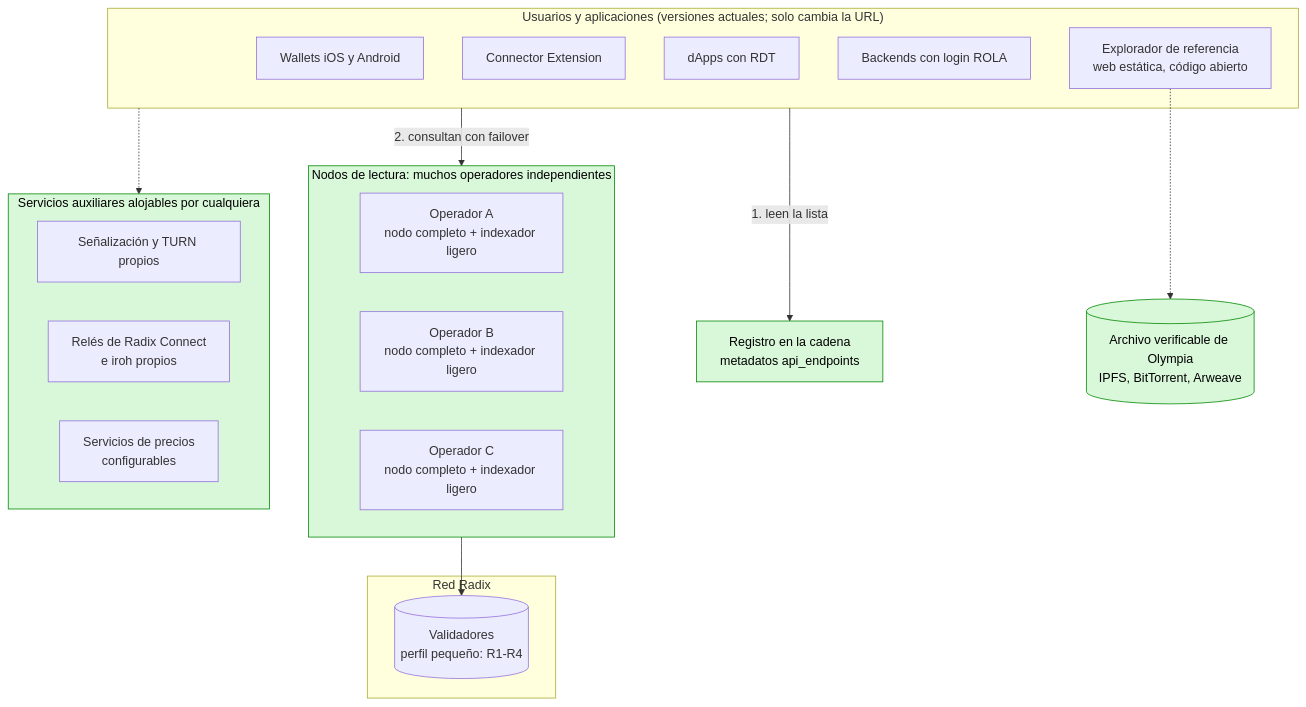
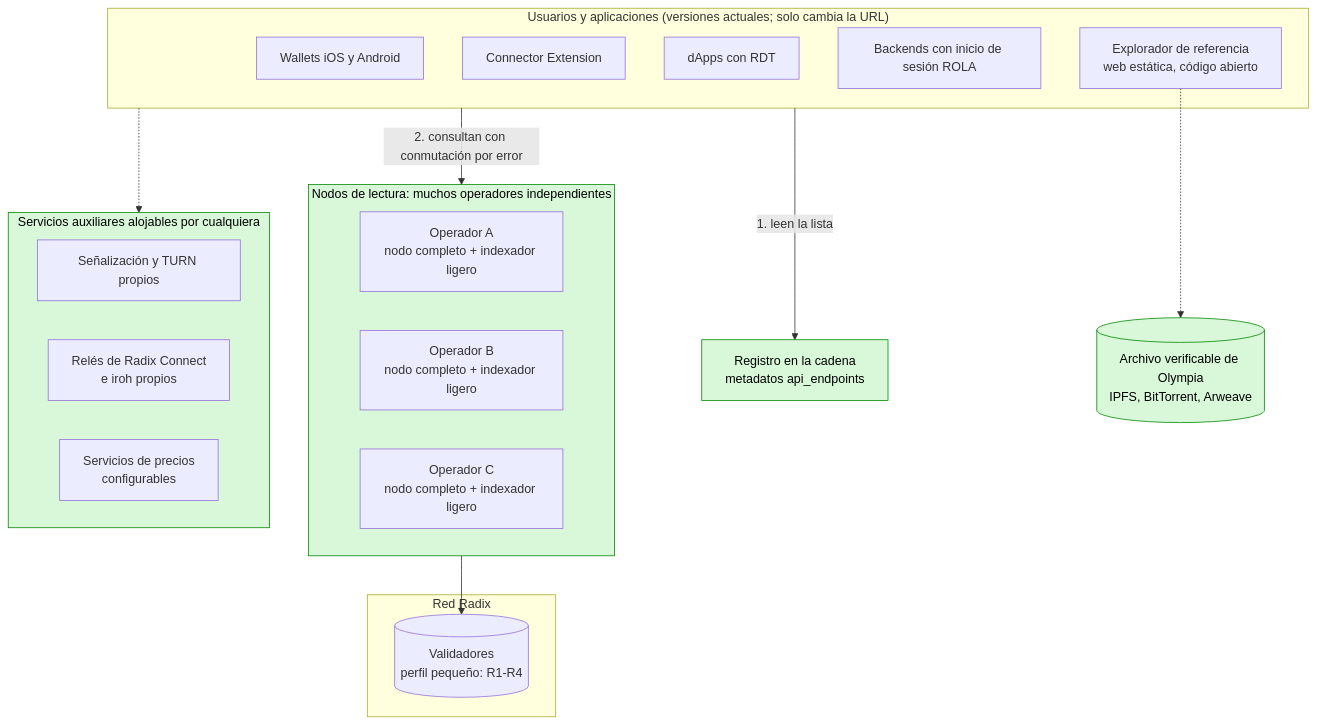
Before and after one commit to dazligth/radix-decentralization-roadmap: the second of 5 diagrams in README.es.md, drawn with Mermaid. The commit also changed other lines of this file and 29 other files, not shown here.

````diff
--- a/README.es.md
+++ b/README.es.md
@@ -215,32 +260,32 @@
 ```mermaid
 flowchart TB
     subgraph APPS["Usuarios y aplicaciones (versiones actuales; solo cambia la URL)"]
         W["Wallets iOS y Android"]
         EXT["Connector Extension"]
         DAPP["dApps con RDT"]
-        ROLA["Backends con login ROLA"]
+        ROLA["Backends con inicio de sesión ROLA"]
         EXP["Explorador de referencia<br/>web estática, código abierto"]
     end
     REG["Registro en la cadena<br/>metadatos api_endpoints"]
     subgraph READ["Nodos de lectura: muchos operadores independientes"]
         R1["Operador A<br/>nodo completo + indexador ligero"]
         R2["Operador B<br/>nodo completo + indexador ligero"]
         R3["Operador C<br/>nodo completo + indexador ligero"]
     end
     subgraph NET["Red Radix"]
         VAL[("Validadores<br/>perfil pequeño: R1-R4")]
     end
     subgraph SELF["Servicios auxiliares alojables por cualquiera"]
         SIG["Señalización y TURN propios"]
         RELAY["Relés de Radix Connect<br/>e iroh propios"]
         PRICE["Servicios de precios<br/>configurables"]
     end
     ARCH[("Archivo verificable de Olympia<br/>IPFS, BitTorrent, Arweave")]
     APPS -- "1. leen la lista" --> REG
-    APPS -- "2. consultan con failover" --> READ
+    APPS -- "2. consultan con conmutación por error" --> READ
     READ --> VAL
     APPS -.-> SELF
     EXP -.-> ARCH
     classDef good fill:#d9f7d9,stroke:#080,color:#000
     class READ,REG,ARCH,SELF good
 ```
````
